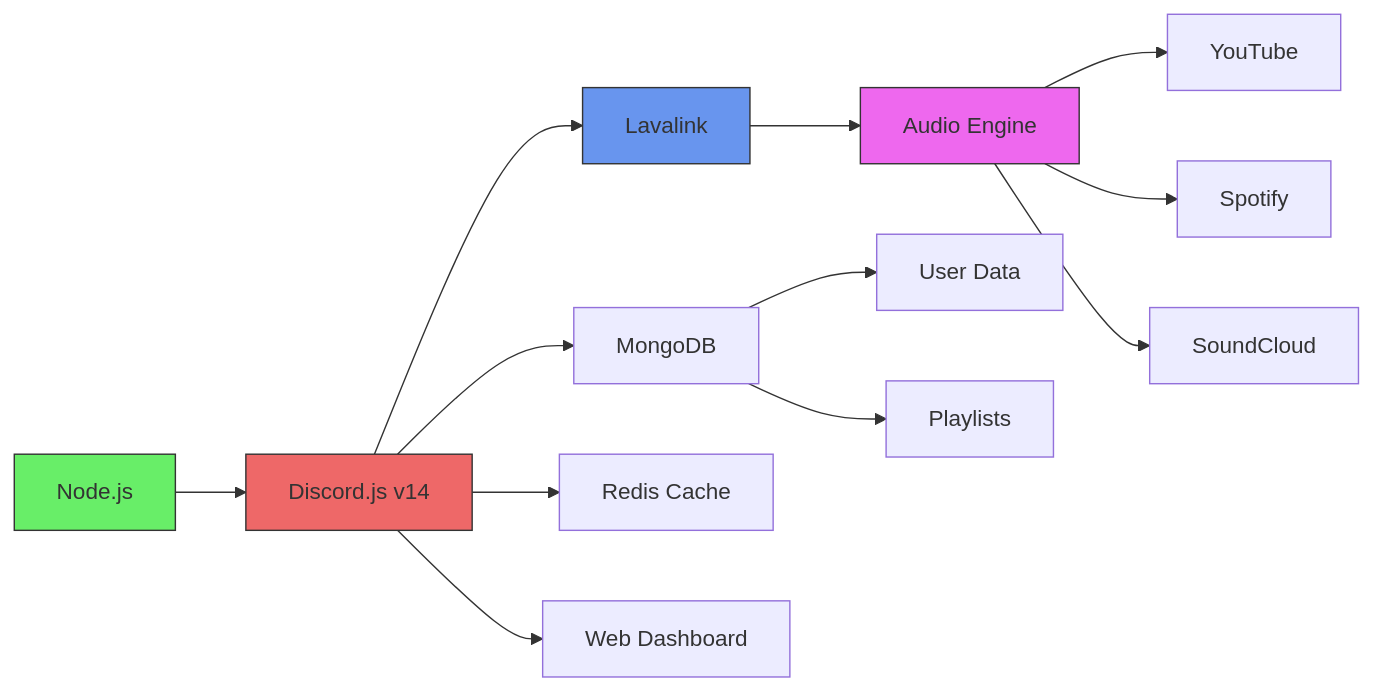
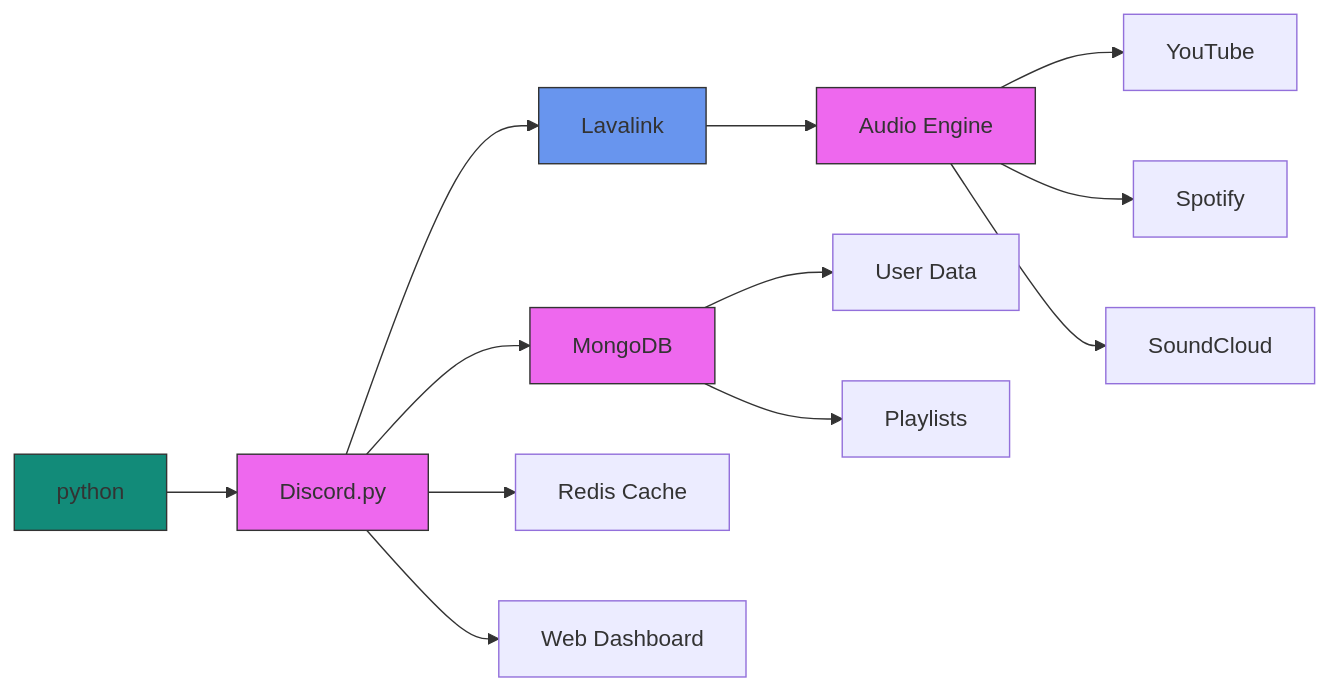
The diagram in README.md (NICK-FURY-6023/GALAXY-RELEASE), drawn with Mermaid before and after one commit.

Commit message:
README.md

````diff
--- a/README.md
+++ b/README.md
@@ -56,18 +56,23 @@
   ```mermaid
   graph LR
-    A[Node.js] --> B[Discord.js v14]
+    A[python] --> B[Discord.py]
     B --> C[Lavalink]
     C --> D[Audio Engine]
     D --> E[YouTube]
     D --> F[Spotify]
     D --> G[SoundCloud]
     B --> H[MongoDB]
     H --> I[User Data]
     H --> J[Playlists]
     B --> K[Redis Cache]
     B --> L[Web Dashboard]
-    style A fill:#68EE68,stroke:#333
+    style A fill:#128B79,stroke:#333
     style B fill:#EE6868,stroke:#333
     style C fill:#6895EE,stroke:#333
     style D fill:#EE68EE,stroke:#333
+    style B fill:#032E45,stroke:#333
+    style H fill:#47648F,stroke:#333
+    style H fill:#EE68EE,stroke:#333
+    style B fill:#47648F,stroke:#333
+    style B fill:#EE68EE,stroke:#333
   ```
````
